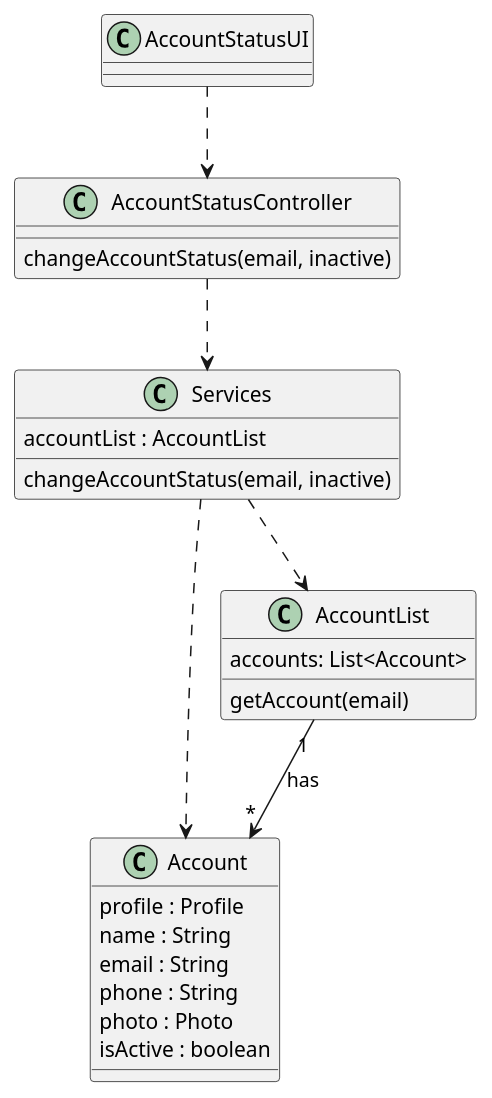
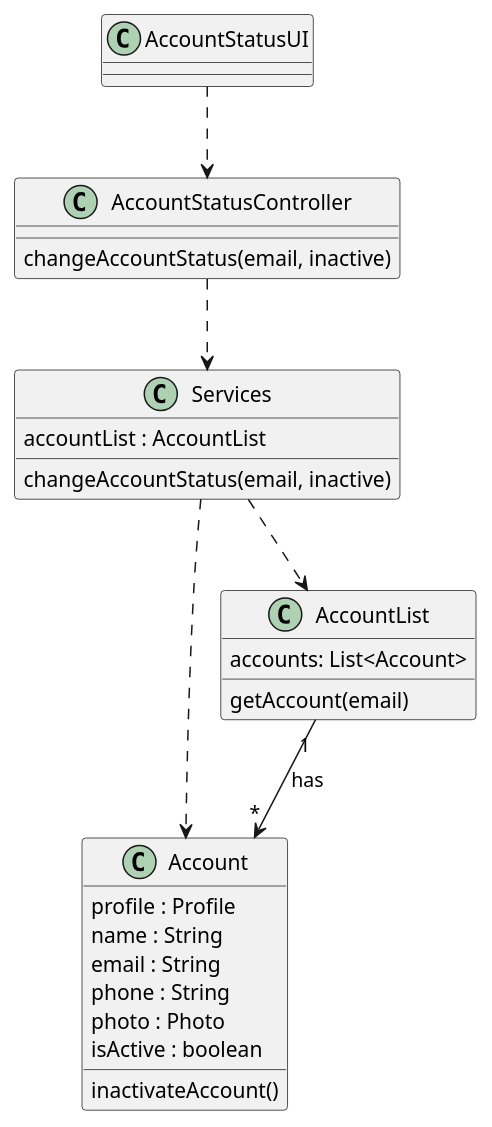
Before and after one commit to ivo-menezes/project_g3: the diagram in docs/modelling_design/user_stories/us005/US005_InactivateUserAccountCD.puml, drawn with PlantUML. The commit also changed 1 other file, not shown here.

Commit message:
US005:Design: updated InactivateUserAccountCD

```diff
--- a/docs/modelling_design/user_stories/us005/US005_InactivateUserAccountCD.puml
+++ b/docs/modelling_design/user_stories/us005/US005_InactivateUserAccountCD.puml
@@ -1,35 +1,36 @@
 @startuml
 
 class AccountStatusUI {
 }
 
 class Account {
 profile : Profile
 name : String
 email : String
 phone : String
 photo : Photo
 isActive : boolean
+inactivateAccount()
 }
 
 class AccountStatusController {
 changeAccountStatus(email, inactive)
 }
 
 class Services {
 accountList : AccountList
 changeAccountStatus(email, inactive)
 }
 
 class "AccountList" {
 accounts: List<Account>
 getAccount(email)
 }
 
 Services ..> Account
 Services ..> "AccountList"
 AccountList "1" --> "*" Account : has
 AccountStatusController ..> Services
 AccountStatusUI ..> AccountStatusController
 
 @enduml
```
